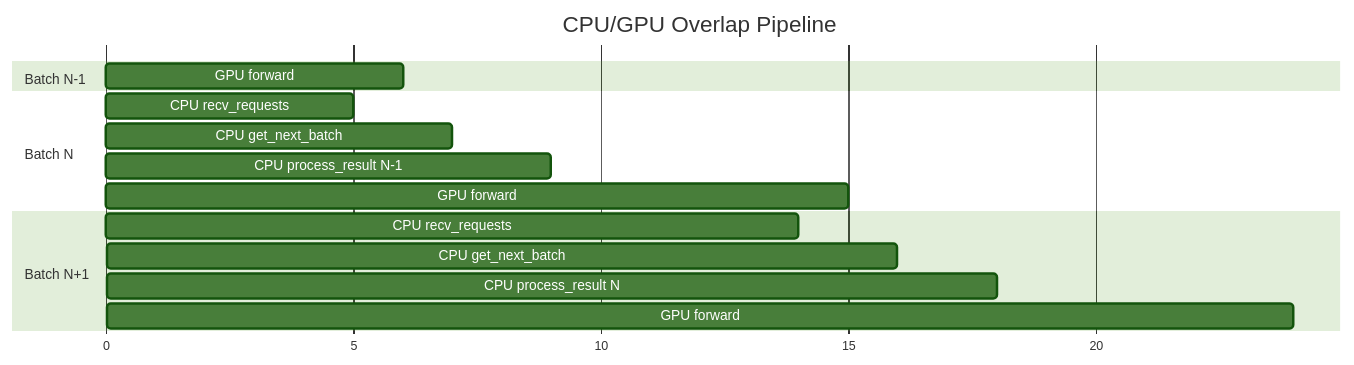
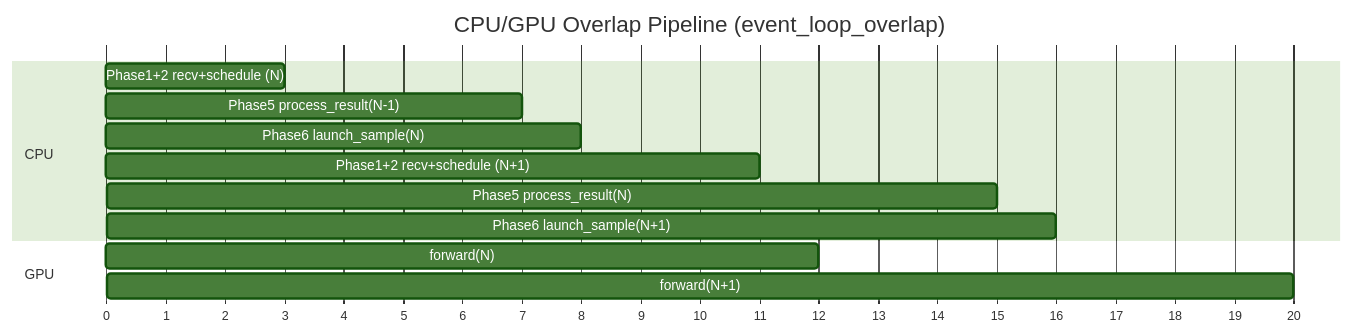
One commit to wesleyck/AIInfraNotes changed the third of 5 diagrams in content/SGLang/01_architecture.md. Above: the diagram before and after it, drawn with Mermaid (forest theme). The commit also changed other lines of this file and 7 other files, not shown here.

````diff
--- a/content/SGLang/01_architecture.md
+++ b/content/SGLang/01_architecture.md
@@ -137,21 +177,18 @@
 ```mermaid
 gantt
-    title CPU/GPU Overlap Pipeline
+    title CPU/GPU Overlap Pipeline (event_loop_overlap)
     dateFormat X
     axisFormat %s
 
-    section Batch N-1
-    GPU forward              :a1, 0, 6
+    section CPU
+    Phase1+2 recv+schedule (N)       :a1, 0, 3
+    Phase5 process_result(N-1)       :a3, 4, 7
+    Phase6 launch_sample(N)          :a4, 7, 8
+    Phase1+2 recv+schedule (N+1)     :a5, 8, 11
+    Phase5 process_result(N)         :a7, 12, 15
+    Phase6 launch_sample(N+1)        :a8, 15, 16
 
-    section Batch N
-    CPU recv_requests        :a2, 3, 5
-    CPU get_next_batch       :a3, 5, 7
-    CPU process_result N-1   :a4, 7, 9
-    GPU forward              :a5, 9, 15
-
-    section Batch N+1
-    CPU recv_requests        :a6, 12, 14
-    CPU get_next_batch       :a7, 14, 16
-    CPU process_result N     :a8, 16, 18
-    GPU forward              :a9, 18, 24
+    section GPU
+    forward(N)                       :b1, 3, 12
+    forward(N+1)                     :b2, 11, 20
 ```
````
